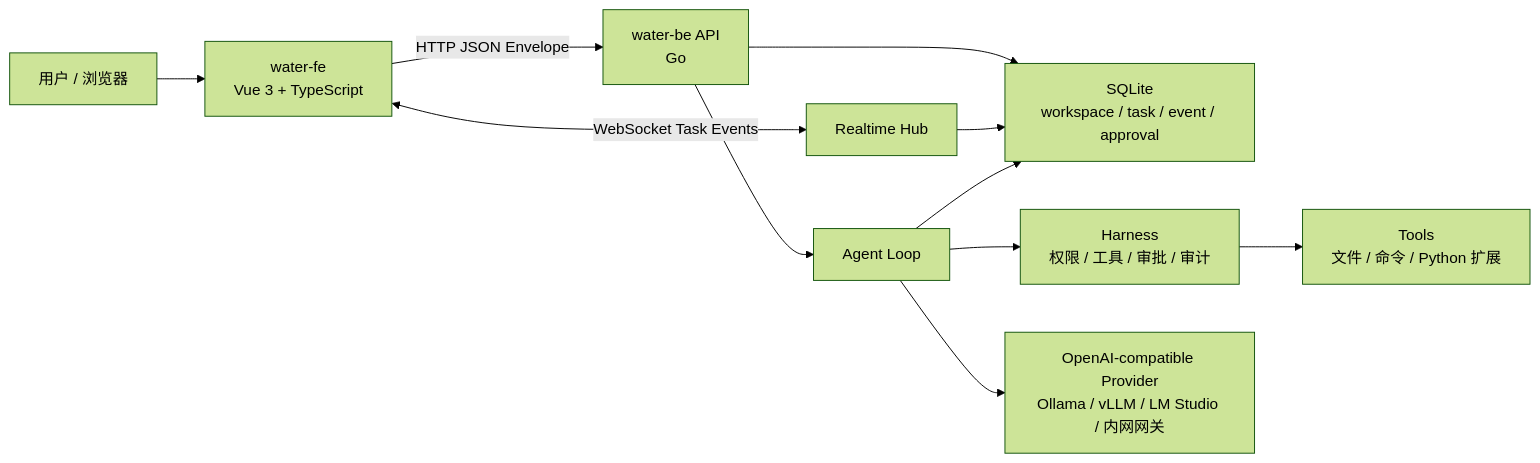
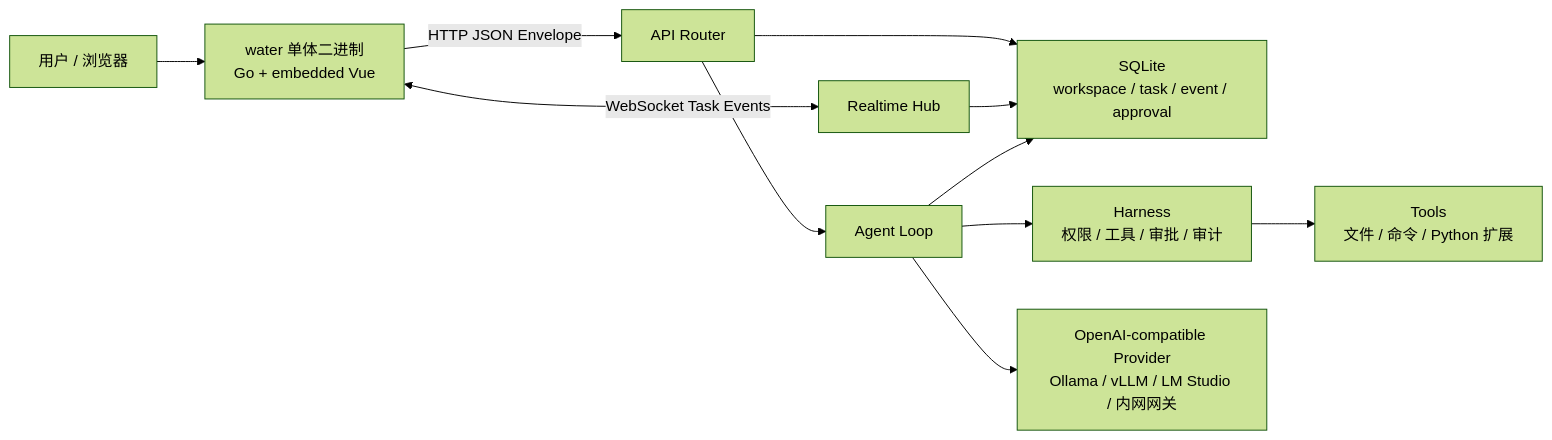
Before and after one commit to ligson/water: the diagram in README.md, drawn with Mermaid (forest theme). The commit also changed other lines of this file and 22 other files, not shown here.

````diff
--- a/README.md
+++ b/README.md
@@ -95,13 +95,13 @@
 ```mermaid
 flowchart LR
-  User["用户 / 浏览器"] --> FE["water-fe<br/>Vue 3 + TypeScript"]
-  FE -->|HTTP JSON Envelope| API["water-be API<br/>Go"]
-  FE <-->|WebSocket Task Events| WS["Realtime Hub"]
+  User["用户 / 浏览器"] --> App["water 单体二进制<br/>Go + embedded Vue"]
+  App -->|HTTP JSON Envelope| API["API Router"]
+  App <-->|WebSocket Task Events| WS["Realtime Hub"]
   API --> Store["SQLite<br/>workspace / task / event / approval"]
   API --> Agent["Agent Loop"]
   Agent --> Harness["Harness<br/>权限 / 工具 / 审批 / 审计"]
   Harness --> Tools["Tools<br/>文件 / 命令 / Python 扩展"]
   Agent --> LLM["OpenAI-compatible Provider<br/>Ollama / vLLM / LM Studio / 内网网关"]
   WS --> Store
   Agent --> Store
 ```
````
